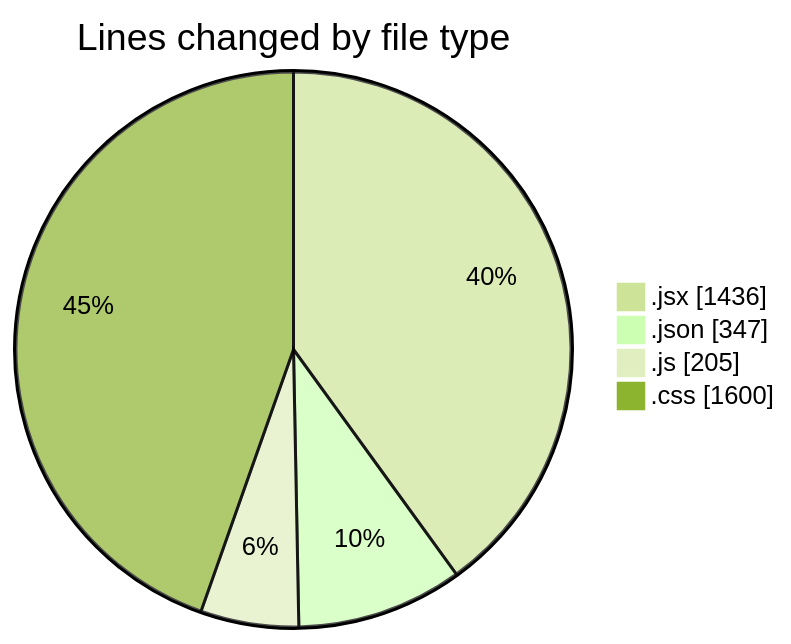
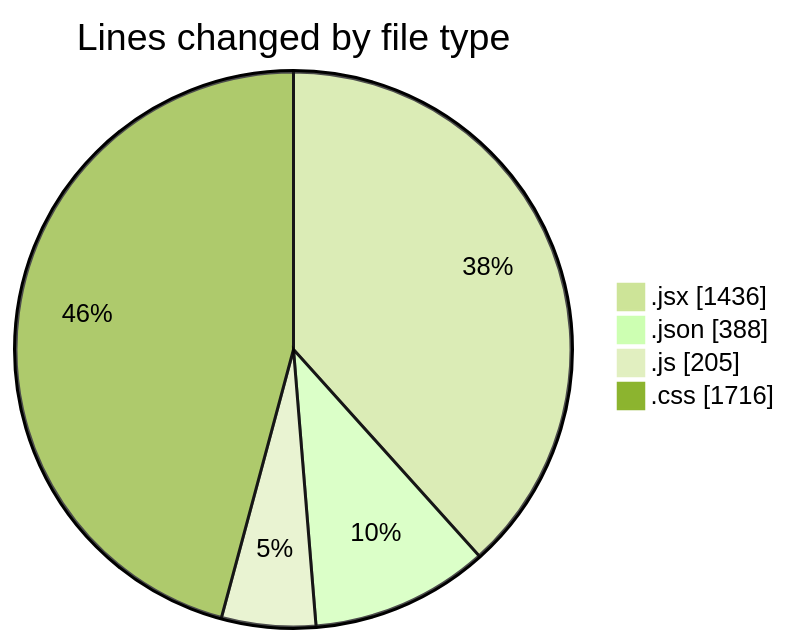
The first of 2 diagrams in 2025-05-04/project/README.md (BS-eng2023/code-tracking), drawn with Mermaid (forest theme) before and after one commit. The commit also changed other lines of this file and 1 other file, not shown here.

````diff
--- a/2025-05-04/project/README.md
+++ b/2025-05-04/project/README.md
@@ -40,8 +40,8 @@
 ```mermaid
 pie showData
 title Lines changed by file type
 ".jsx" : 1436
-".json" : 347
+".json" : 388
 ".js" : 205
-".css" : 1600
+".css" : 1716
 ```
````
